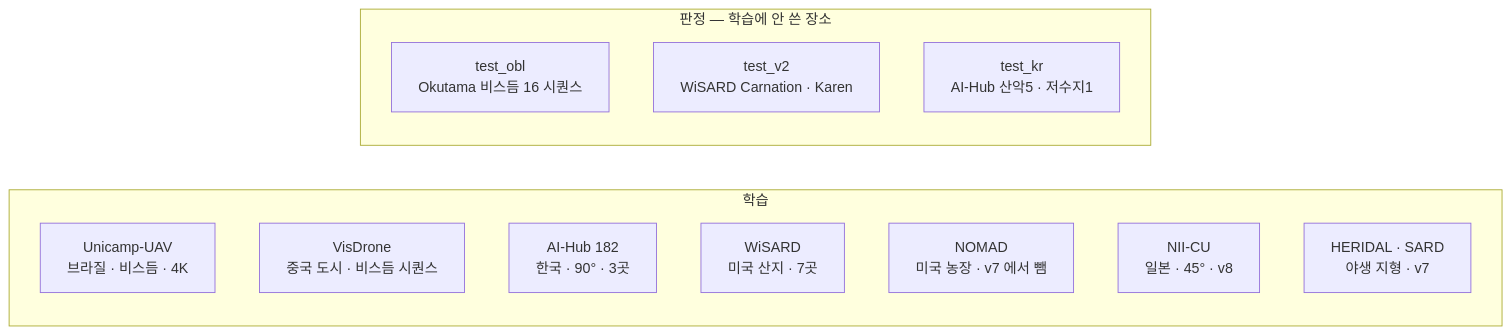
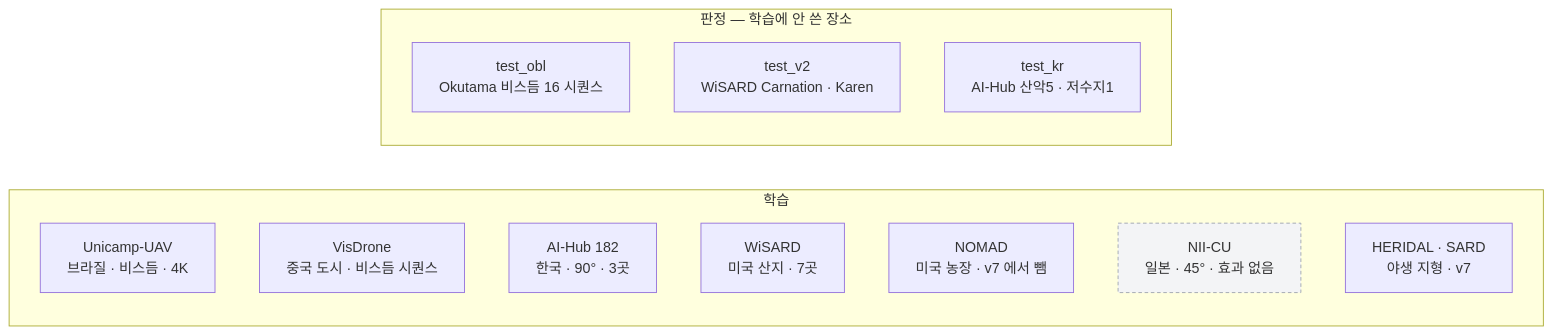
Before and after one commit to tim9985/Capstone: the first of 2 diagrams in obsidian/02 데이터셋/_데이터셋 한눈에.md, drawn with Mermaid. The commit also changed other lines of this file and 24 other files, not shown here.

````diff
--- a/obsidian/02 데이터셋/_데이터셋 한눈에.md
+++ b/obsidian/02 데이터셋/_데이터셋 한눈에.md
@@ -11,20 +11,20 @@
 ```mermaid
 flowchart LR
     subgraph TR["학습"]
         direction TB
         U["Unicamp-UAV<br/>브라질 · 비스듬 · 4K"]
         V["VisDrone<br/>중국 도시 · 비스듬 시퀀스"]
         A["AI-Hub 182<br/>한국 · 90° · 3곳"]
         W["WiSARD<br/>미국 산지 · 7곳"]
         N["NOMAD<br/>미국 농장 · v7 에서 뺌"]
-        NI["NII-CU<br/>일본 · 45° · v8"]
+        NI["NII-CU<br/>일본 · 45° · 효과 없음"]:::off
         H["HERIDAL · SARD<br/>야생 지형 · v7"]
     end
     subgraph TE["판정 — 학습에 안 쓴 장소"]
         direction TB
         O["test_obl<br/>Okutama 비스듬 16 시퀀스"]
         W2["test_v2<br/>WiSARD Carnation · Karen"]
         K["test_kr<br/>AI-Hub 산악5 · 저수지1"]
     end
     classDef off fill:#f3f4f6,stroke:#9ca3af,stroke-dasharray:4 3
 ```
````
